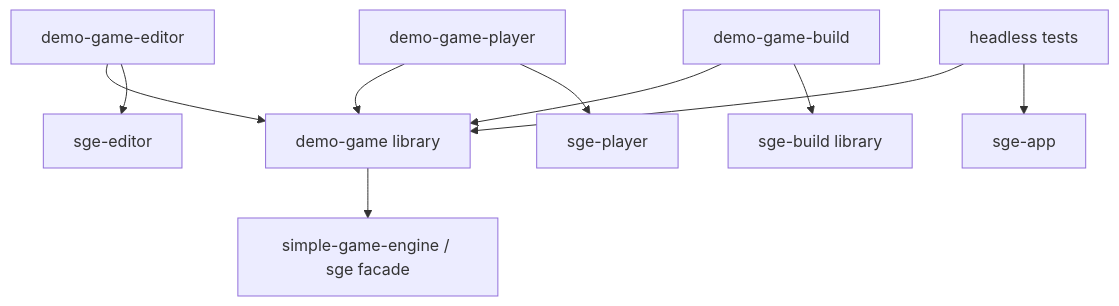
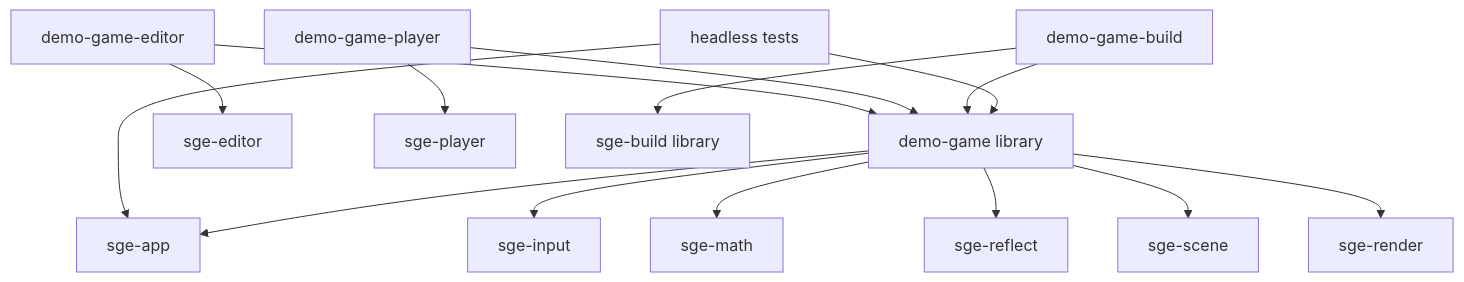
One commit to MRNIU/SimpleGameEngine changed the first of 3 diagrams in docs/superpowers/specs/2026-07-11-rust-engine-target-architecture-design.md. Above: the diagram before and after it, drawn with Mermaid. The commit also changed other lines of this file and 4 other files, not shown here.

First line of the commit message:
refactor(architecture): 完成 M7 Integration Demo

````diff
--- a/docs/superpowers/specs/2026-07-11-rust-engine-target-architecture-design.md
+++ b/docs/superpowers/specs/2026-07-11-rust-engine-target-architecture-design.md
@@ -147,13 +147,18 @@
 ```mermaid
 flowchart TD
   GameEditor["demo-game-editor"] --> Game["demo-game library"]
   GameEditor --> Editor["sge-editor"]
   GamePlayer["demo-game-player"] --> Game
   GamePlayer --> Player["sge-player"]
   GameBuild["demo-game-build"] --> Game
   GameBuild --> Build["sge-build library"]
   Headless["headless tests"] --> Game
   Headless --> App["sge-app"]
 
-  Game --> Facade["simple-game-engine / sge facade"]
+  Game --> App["sge-app"]
+  Game --> Input["sge-input"]
+  Game --> Math["sge-math"]
+  Game --> Reflect["sge-reflect"]
+  Game --> Scene["sge-scene"]
+  Game --> Render["sge-render"]
 ```
````
